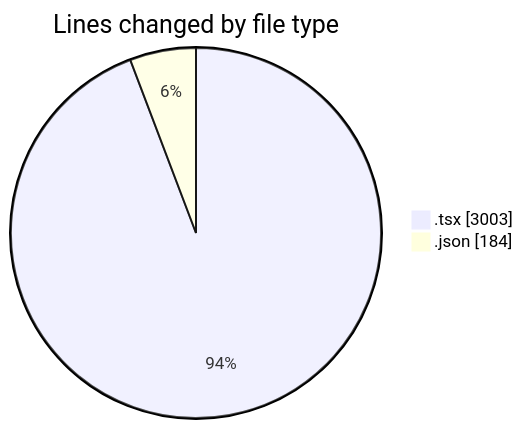
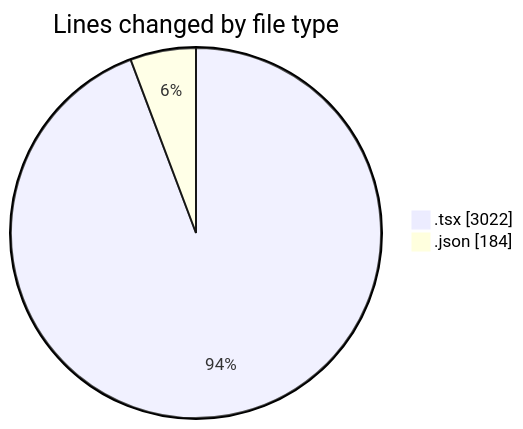
One commit to momahboobian/code-tracking changed the first of 2 diagrams in 2025-11-21/cda/README.md. Above: the diagram before and after it, drawn with Mermaid. The commit also changed other lines of this file and 1 other file, not shown here.

````diff
--- a/2025-11-21/cda/README.md
+++ b/2025-11-21/cda/README.md
@@ -25,6 +25,6 @@
 ```mermaid
 pie showData
 title Lines changed by file type
-".tsx" : 3003
+".tsx" : 3022
 ".json" : 184
 ```
````
